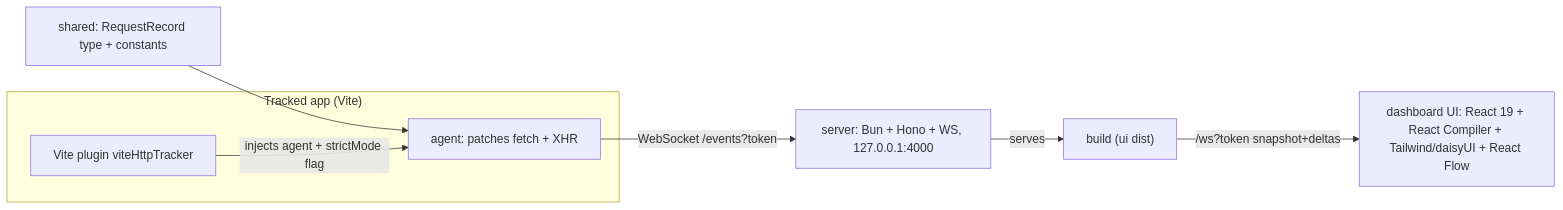
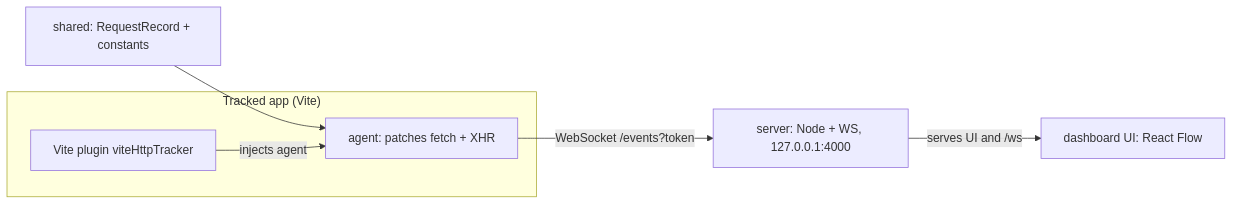
One commit to Lukasdias/vite-http-tracker changed the first of 2 diagrams in README.md. Above: the diagram before and after it, drawn with Mermaid. The commit also changed other lines of this file and 21 other files, not shown here.

````diff
--- a/README.md
+++ b/README.md
@@ -21,17 +142,15 @@
 ```mermaid
 flowchart LR
   subgraph App["Tracked app (Vite)"]
     P[Vite plugin viteHttpTracker]
     A[agent: patches fetch + XHR]
   end
-  S[server: Bun + Hono + WS, 127.0.0.1:4000]
-  D[dashboard UI: React 19 + React Compiler + Tailwind/daisyUI + React Flow]
-  SC[shared: RequestRecord type + constants]
+  S[server: Node + WS, 127.0.0.1:4000]
+  D[dashboard UI: React Flow]
+  SC[shared: RequestRecord + constants]
 
   SC --> A
-  P -- injects agent + strictMode flag --> A
+  P -- injects agent --> A
   A -- WebSocket /events?token --> S
-  B["build (ui dist)"]
-  S -- serves --> B
-  B -- /ws?token snapshot+deltas --> D
+  S -- serves UI and /ws --> D
 ```
````
